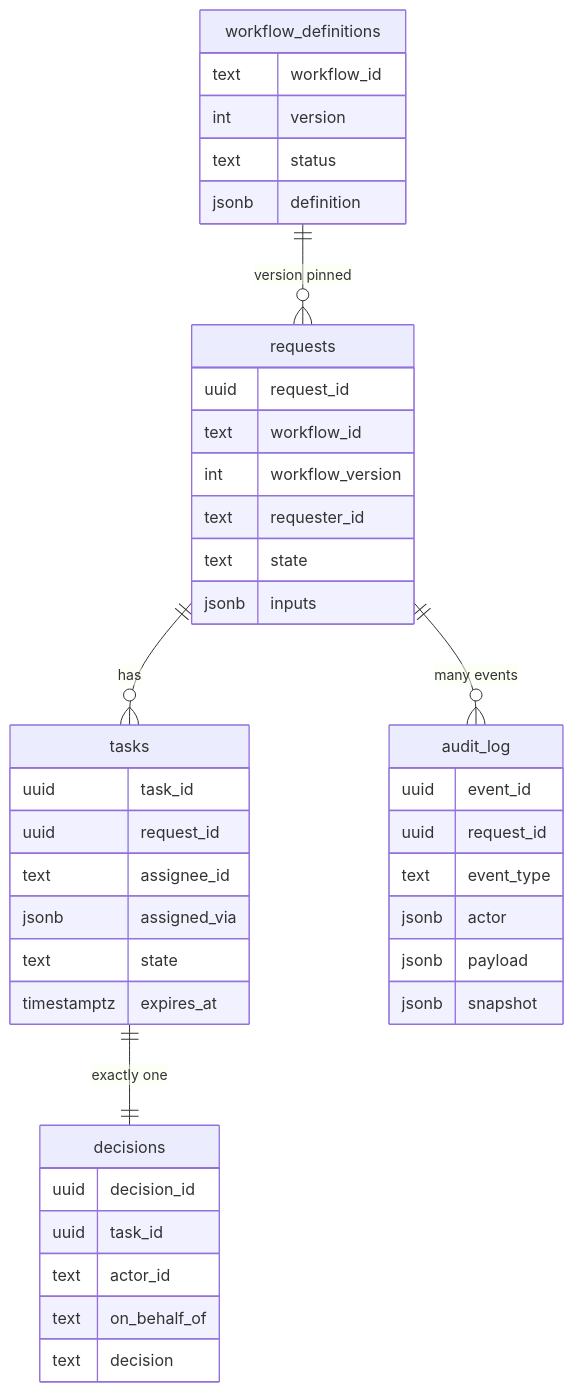
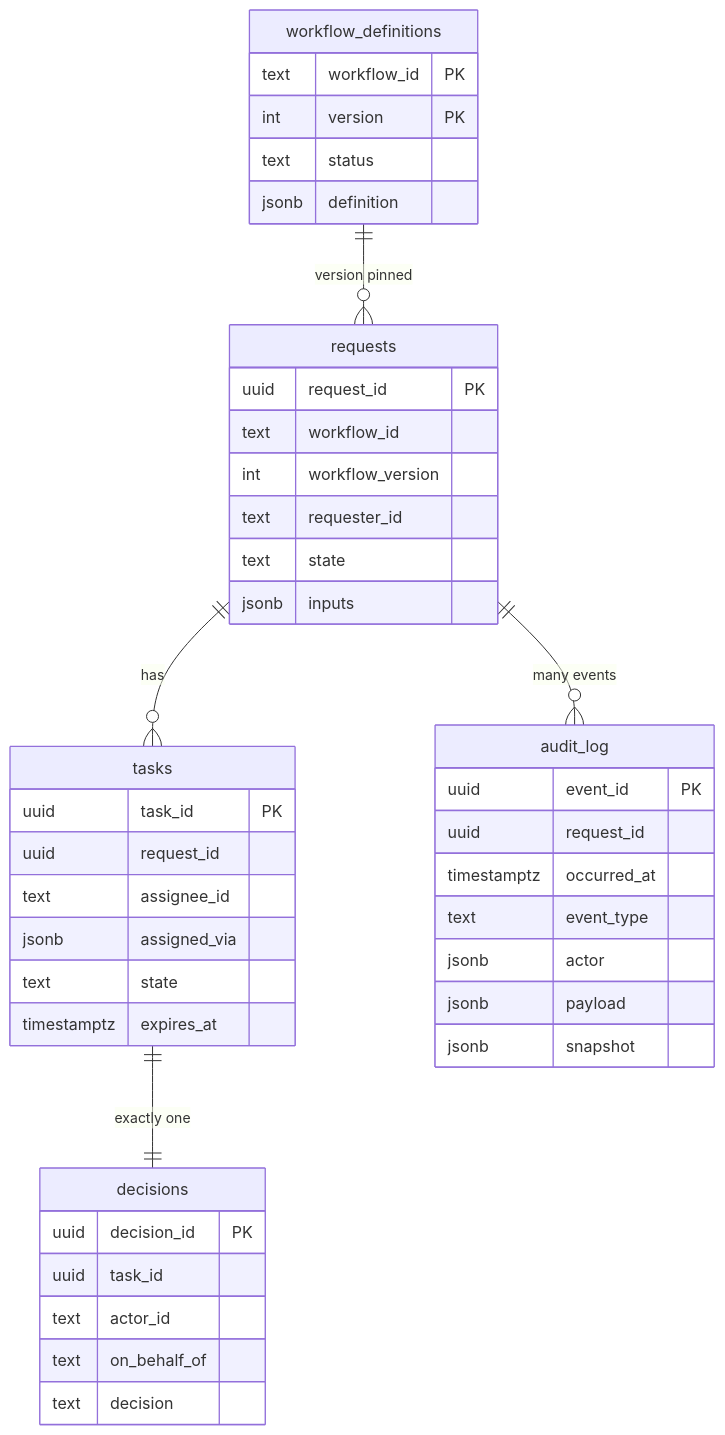
The first of 5 diagrams in problems/011-approval-management/solution.md (shiningflash/system-design), drawn with Mermaid before and after one commit. The commit also changed other lines of this file and 37 other files, not shown here.

````diff
--- a/problems/011-approval-management/solution.md
+++ b/problems/011-approval-management/solution.md
@@ -86,45 +85,46 @@
 ```mermaid
 erDiagram
     workflow_definitions ||--o{ requests : "version pinned"
     requests ||--o{ tasks : has
     tasks ||--|| decisions : "exactly one"
     requests ||--o{ audit_log : "many events"
 
     workflow_definitions {
-        text workflow_id
-        int version
+        text workflow_id PK
+        int version PK
         text status
         jsonb definition
     }
     requests {
-        uuid request_id
+        uuid request_id PK
         text workflow_id
         int workflow_version
         text requester_id
         text state
         jsonb inputs
     }
     tasks {
-        uuid task_id
+        uuid task_id PK
         uuid request_id
         text assignee_id
         jsonb assigned_via
         text state
         timestamptz expires_at
     }
     decisions {
-        uuid decision_id
+        uuid decision_id PK
         uuid task_id
         text actor_id
         text on_behalf_of
         text decision
     }
     audit_log {
-        uuid event_id
+        uuid event_id PK
         uuid request_id
+        timestamptz occurred_at
         text event_type
         jsonb actor
         jsonb payload
         jsonb snapshot
     }
 ```
````
